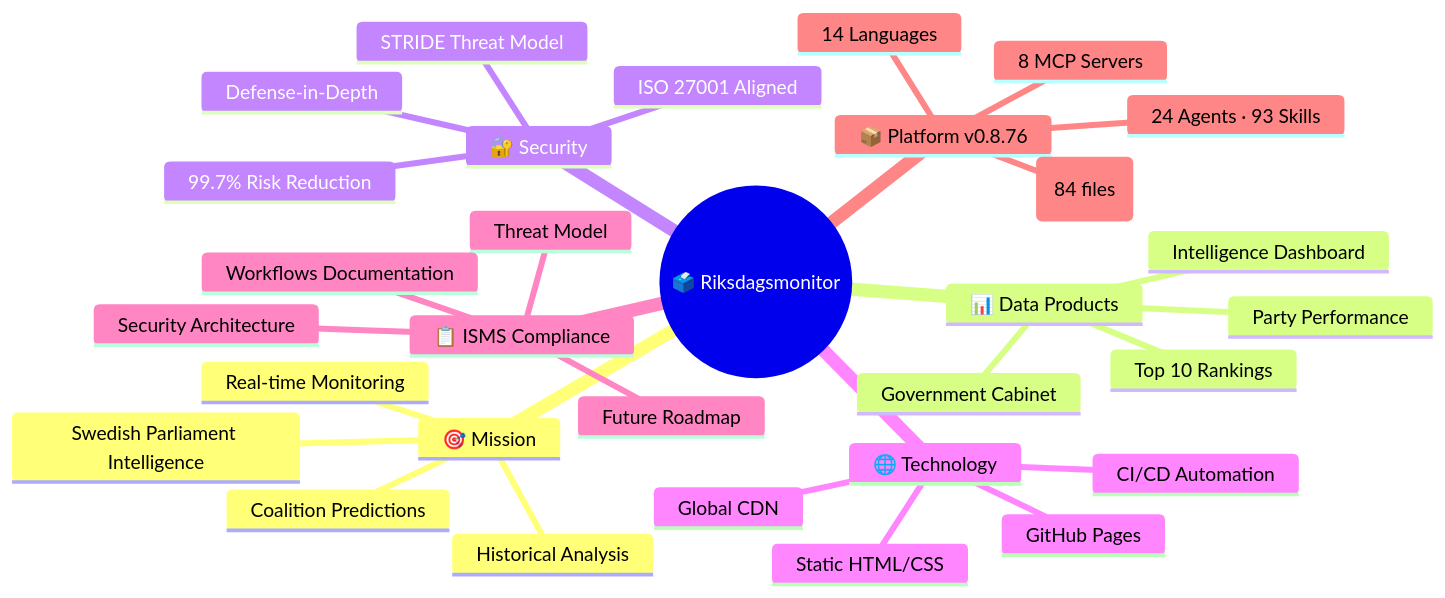
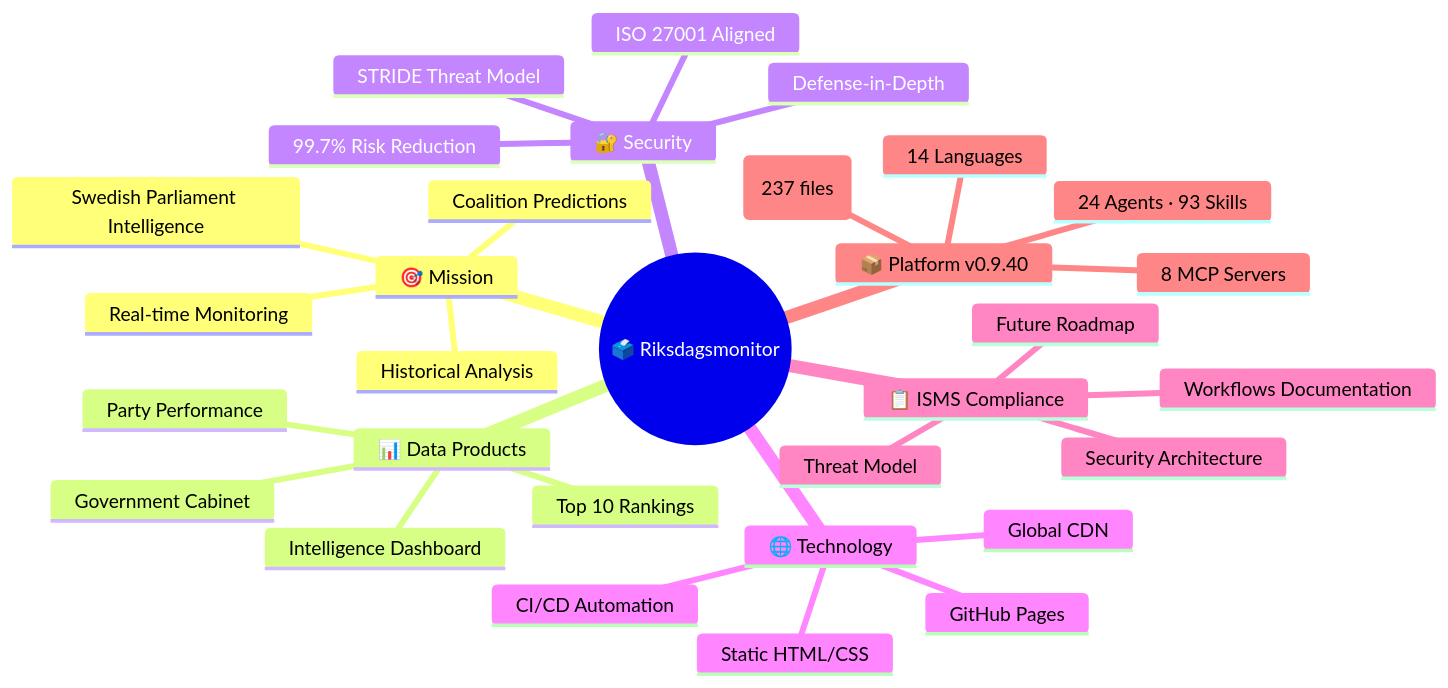
The first of 15 diagrams in MINDMAP.md (Hack23/riksdagsmonitor), drawn with Mermaid before and after one commit. The commit also changed 6 other files, not shown here.

````diff
--- a/MINDMAP.md
+++ b/MINDMAP.md
@@ -55,34 +55,34 @@
 ```mermaid
 mindmap
   root((🗳️ Riksdagsmonitor))
     🎯 Mission
       Swedish Parliament Intelligence
       Real-time Monitoring
       Historical Analysis
       Coalition Predictions
     📊 Data Products
       Intelligence Dashboard
       Party Performance
       Government Cabinet
       Top 10 Rankings
     🔐 Security
       ISO 27001 Aligned
       STRIDE Threat Model
       Defense-in-Depth
       99.7% Risk Reduction
     🌐 Technology
       Static HTML/CSS
       GitHub Pages
       CI/CD Automation
       Global CDN
     📋 ISMS Compliance
       Security Architecture
       Threat Model
       Workflows Documentation
       Future Roadmap
-    📦 Platform v0.8.76
-      3,319+ Tests (84 files)
+    📦 Platform v0.9.40
+      7,500+ Tests (237 files)
       24 Agents · 93 Skills
       14 Languages
       8 MCP Servers
 ```
````
